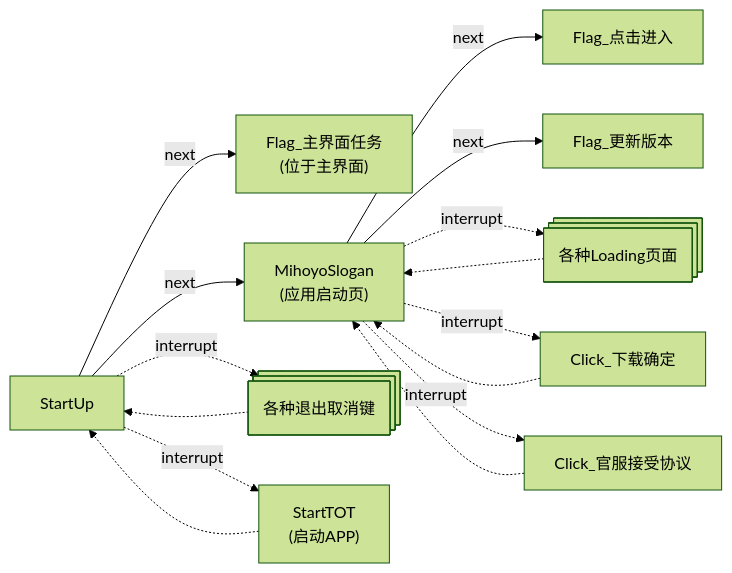
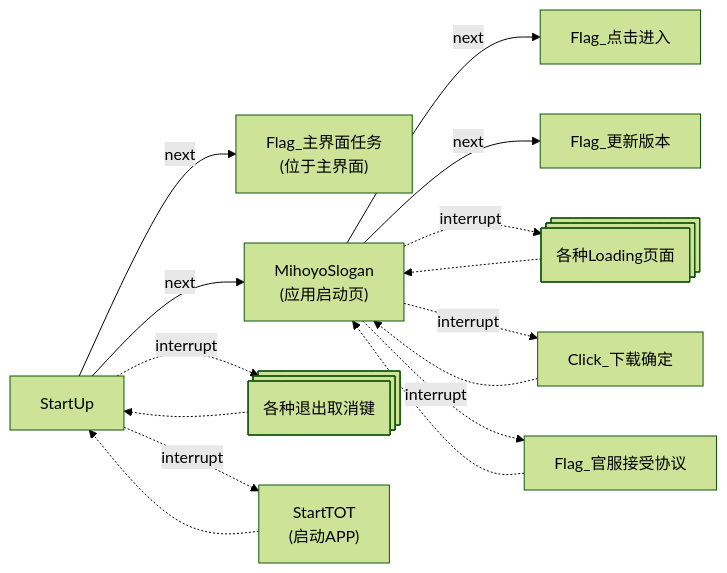
One commit to Coxwtwo/MaaTOT changed the first of 30 diagrams in docs/zh_cn/develop/Pipeline说明.md. Above: the diagram before and after it, drawn with Mermaid (forest theme). The commit also changed other lines of this file and 12 other files, not shown here.

````diff
--- a/docs/zh_cn/develop/Pipeline说明.md
+++ b/docs/zh_cn/develop/Pipeline说明.md
@@ -49,18 +54,18 @@
 ```mermaid
 flowchart LR
     n0["StartUp"] -->|next| n1["Flag_主界面任务<br>(位于主界面)"]
     n0 -->|next| n2["MihoyoSlogan<br>(应用启动页)"]
     n0 -.->|interrupt| n3@{ shape: processes, label: "各种退出取消键"}
     n3 -.-> n0
     n0 -.->|interrupt| n4["StartTOT<br>(启动APP)"]
     n4 -.-> n0
 
     n2 -->|next| n6["Flag_点击进入"]
     n2 -->|next| n7["Flag_更新版本"]
     n2 -.->|interrupt| n8@{ shape: processes, label: "各种Loading页面"}
     n8 -.-> n2
     n2 -.->|interrupt| n9["Click_下载确定"]
     n9 -.-> n2
-    n2 -.->|interrupt| n10["Click_官服接受协议"]
+    n2 -.->|interrupt| n10["Flag_官服接受协议"]
     n10 -.-> n2
 ```
````
